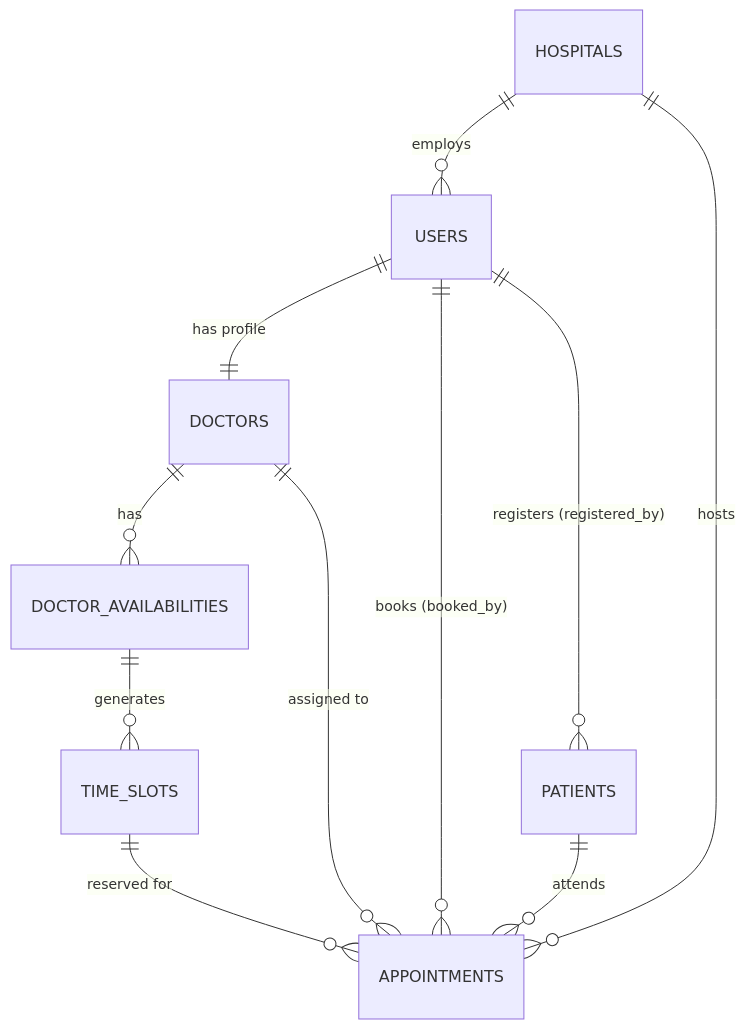
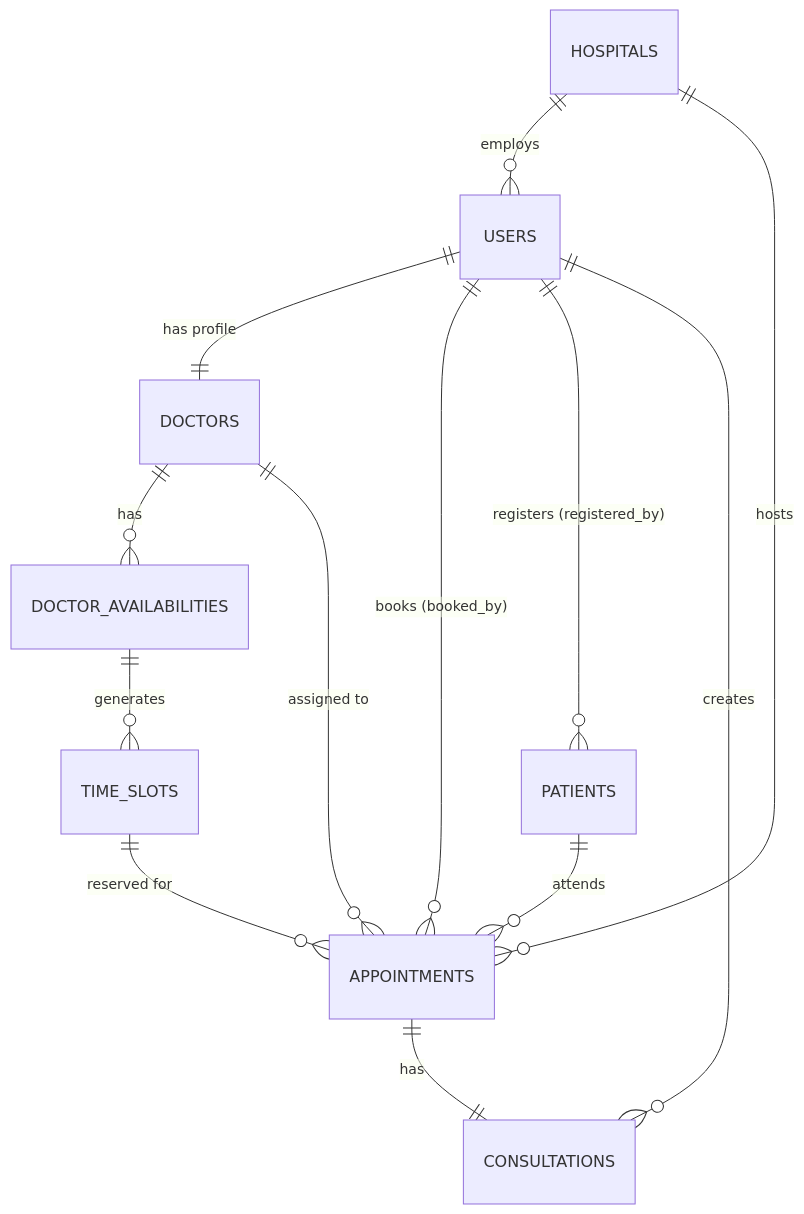
One commit to AmbyHasan/HMS changed the first of 3 diagrams in docs/02-Database-Design.md. Above: the diagram before and after it, drawn with Mermaid. The commit also changed other lines of this file, not shown here.

````diff
--- a/docs/02-Database-Design.md
+++ b/docs/02-Database-Design.md
@@ -248,18 +250,21 @@
 ```mermaid
 erDiagram
     HOSPITALS ||--o{ USERS : "employs"
     HOSPITALS ||--o{ APPOINTMENTS : "hosts"
 
     USERS ||--|| DOCTORS : "has profile"
     USERS ||--o{ APPOINTMENTS : "books (booked_by)"
     USERS ||--o{ PATIENTS : "registers (registered_by)"
+    USERS ||--o{ CONSULTATIONS : "creates"
 
     DOCTORS ||--o{ DOCTOR_AVAILABILITIES : "has"
     DOCTORS ||--o{ APPOINTMENTS : "assigned to"
 
     DOCTOR_AVAILABILITIES ||--o{ TIME_SLOTS : "generates"
 
     PATIENTS ||--o{ APPOINTMENTS : "attends"
 
     TIME_SLOTS ||--o{ APPOINTMENTS : "reserved for"
+
+    APPOINTMENTS ||--|| CONSULTATIONS : "has"
 ```
````
